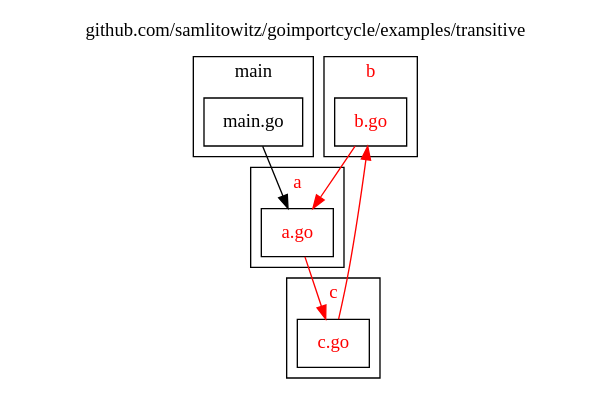
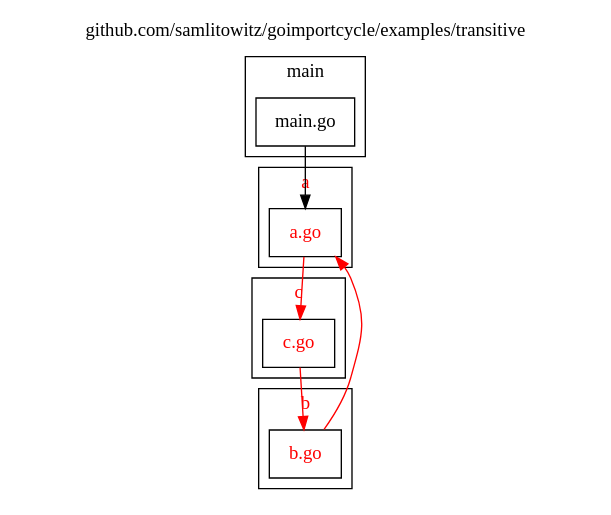
The diagram in assets/examples/transitive/file.dot (samlitowitz/goimportcycle), drawn with Graphviz before and after one commit. The commit also changed other lines of this file and 28 other files, not shown here.

```diff
--- a/assets/examples/transitive/file.dot
+++ b/assets/examples/transitive/file.dot
@@ -1,48 +1,48 @@
 
 digraph {
 	labelloc="t";
 	label="github.com/samlitowitz/goimportcycle/examples/transitive";
 	rankdir="TB";
 	node [shape="rect"];
-
-	subgraph cluster_pkg_b {
-		label="b";
-		style="filled";
-		fontcolor="#ff0000";
-		fillcolor="#ffffff";
-
-		pkg_b_file_b [label="b.go", style="filled", fontcolor="#ff0000", fillcolor="#ffffff"];
-	};
 
 	subgraph cluster_pkg_main {
 		label="main";
 		style="filled";
 		fontcolor="#000000";
 		fillcolor="#ffffff";
 
 		pkg_main_file_main [label="main.go", style="filled", fontcolor="#000000", fillcolor="#ffffff"];
 	};
 
 	subgraph cluster_pkg_a {
 		label="a";
 		style="filled";
 		fontcolor="#ff0000";
 		fillcolor="#ffffff";
 
 		pkg_a_file_a [label="a.go", style="filled", fontcolor="#ff0000", fillcolor="#ffffff"];
 	};
 
 	subgraph cluster_pkg_c {
 		label="c";
 		style="filled";
 		fontcolor="#ff0000";
 		fillcolor="#ffffff";
 
 		pkg_c_file_c [label="c.go", style="filled", fontcolor="#ff0000", fillcolor="#ffffff"];
 	};
 
-	pkg_b_file_b -> pkg_a_file_a [color="#ff0000"];
+	subgraph cluster_pkg_b {
+		label="b";
+		style="filled";
+		fontcolor="#ff0000";
+		fillcolor="#ffffff";
+
+		pkg_b_file_b [label="b.go", style="filled", fontcolor="#ff0000", fillcolor="#ffffff"];
+	};
+
 	pkg_main_file_main -> pkg_a_file_a [color="#000000"];
 	pkg_a_file_a -> pkg_c_file_c [color="#ff0000"];
 	pkg_c_file_c -> pkg_b_file_b [color="#ff0000"];
+	pkg_b_file_b -> pkg_a_file_a [color="#ff0000"];
 }
```
